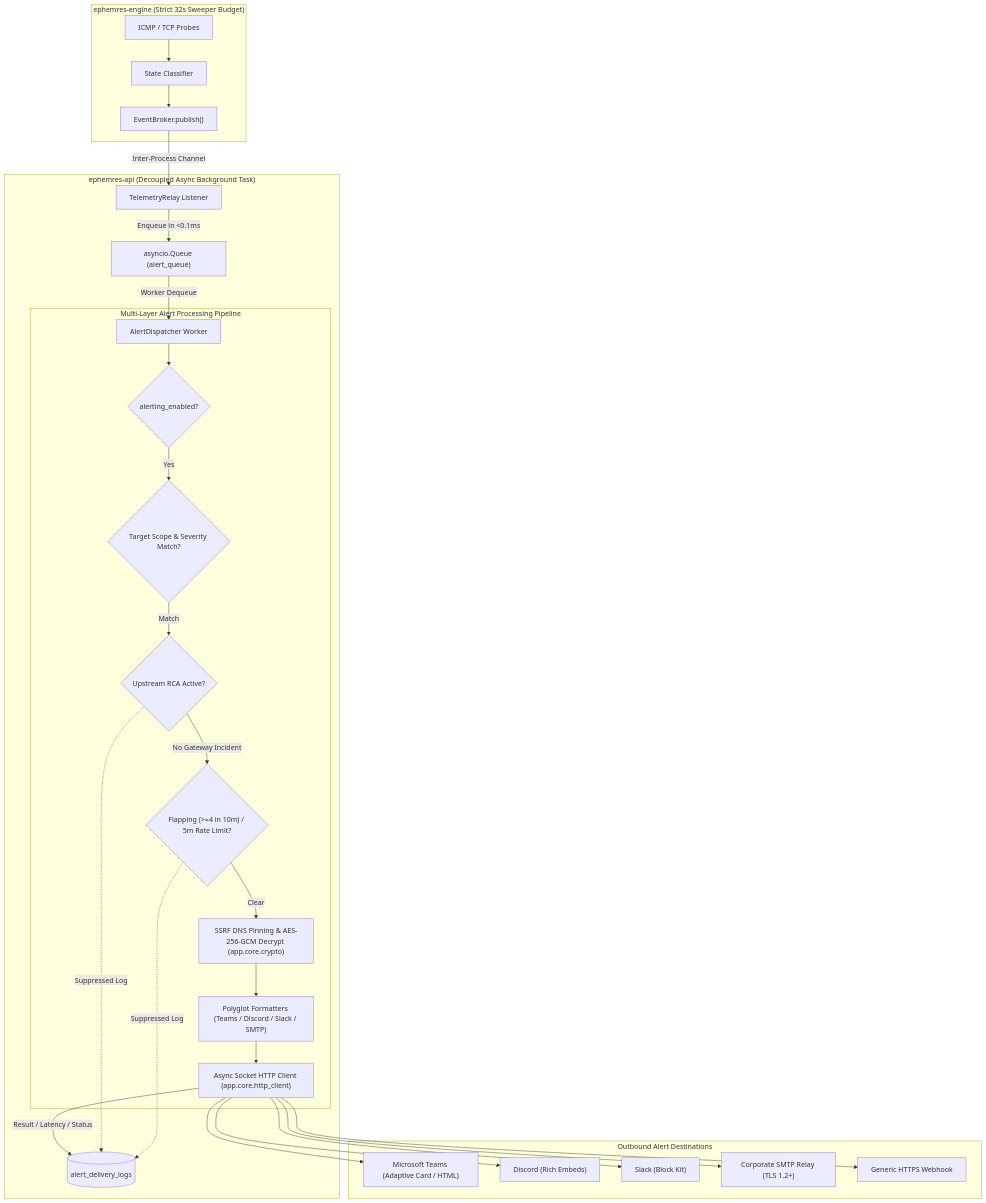
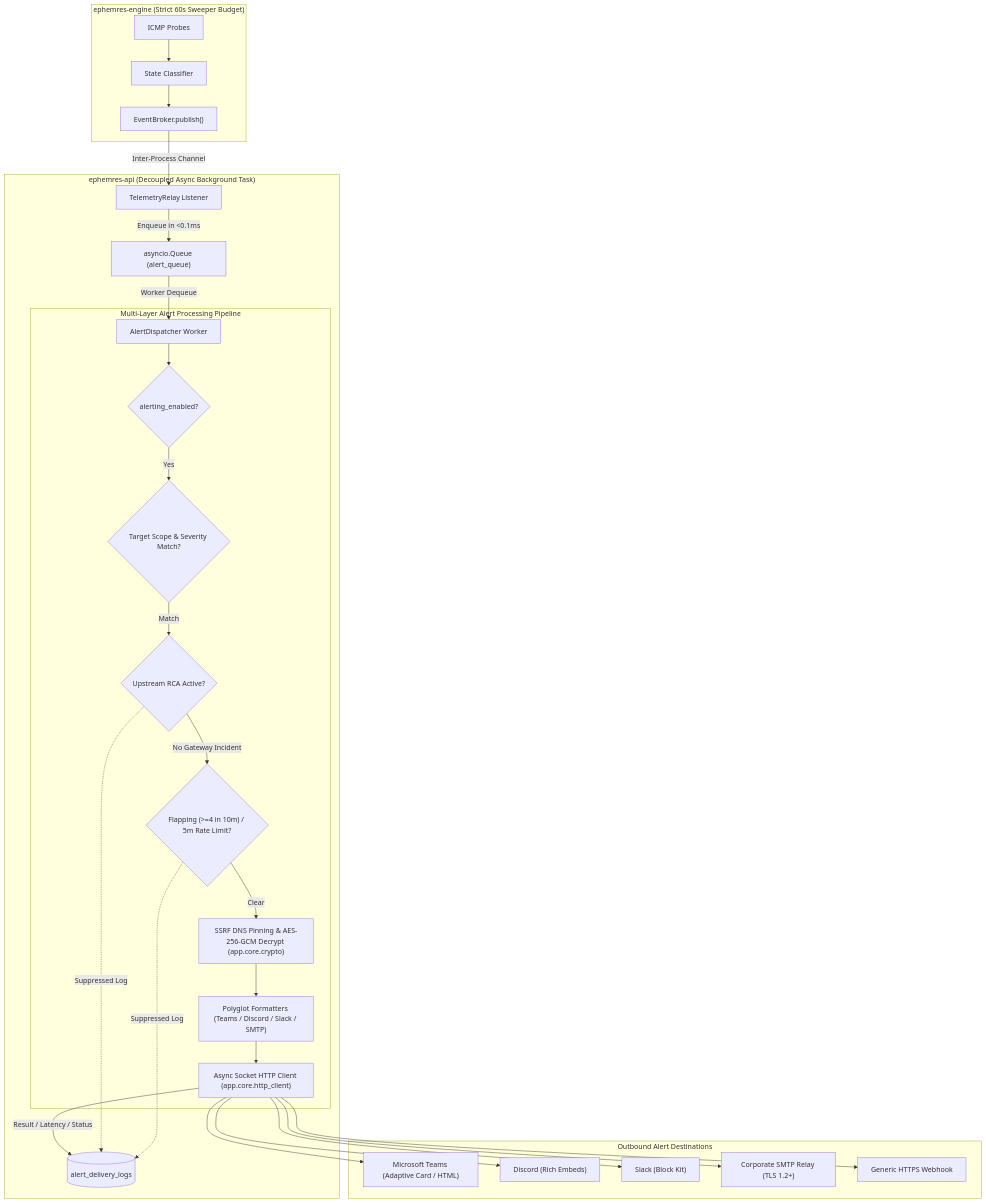
The second of 3 diagrams in docs/architecture.md (dc8official/ephemres), drawn with Mermaid before and after one commit. The commit also changed other lines of this file and 14 other files, not shown here.

````diff
--- a/docs/architecture.md
+++ b/docs/architecture.md
@@ -216,57 +216,57 @@
 ```mermaid
 flowchart TD
-    subgraph Engine_Sweep["ephemres-engine (Strict 32s Sweeper Budget)"]
-        PROBE["ICMP / TCP Probes"]
+    subgraph Engine_Sweep["ephemres-engine (Strict 60s Sweeper Budget)"]
+        PROBE["ICMP Probes"]
         TRANS["State Classifier"]
         BROKER_PUB["EventBroker.publish()"]
         PROBE --> TRANS --> BROKER_PUB
     end
 
     BROKER_PUB -->|Inter-Process Channel| BROKER_SUB
 
     subgraph API_Process["ephemres-api (Decoupled Async Background Task)"]
         BROKER_SUB["TelemetryRelay Listener"]
         ASYNC_Q["asyncio.Queue (alert_queue)"]
         DISPATCHER["AlertDispatcher Worker"]
         
         BROKER_SUB -->|Enqueue in <0.1ms| ASYNC_Q
         ASYNC_Q -->|Worker Dequeue| DISPATCHER
 
         subgraph Pipeline["Multi-Layer Alert Processing Pipeline"]
             MASTER{"alerting_enabled?"}
             SCOPE{"Target Scope & Severity Match?"}
             RCA_SUPP{"Upstream RCA Active?"}
             FLAP_SUPP{"Flapping (>=4 in 10m) / 5m Rate Limit?"}
             SSRF_CRYPTO["SSRF DNS Pinning & AES-256-GCM Decrypt (app.core.crypto)"]
             FORMATTER["Polyglot Formatters (Teams / Discord / Slack / SMTP)"]
             DISPATCH_CALL["Async Socket HTTP Client (app.core.http_client)"]
 
             DISPATCHER --> MASTER
             MASTER -->|Yes| SCOPE
             SCOPE -->|Match| RCA_SUPP
             RCA_SUPP -->|No Gateway Incident| FLAP_SUPP
             FLAP_SUPP -->|Clear| SSRF_CRYPTO
             SSRF_CRYPTO --> FORMATTER
             FORMATTER --> DISPATCH_CALL
         end
 
         AUDIT[("alert_delivery_logs")]
         DISPATCH_CALL -->|Result / Latency / Status| AUDIT
         RCA_SUPP -.->|Suppressed Log| AUDIT
         FLAP_SUPP -.->|Suppressed Log| AUDIT
     end
 
     subgraph External_Destinations["Outbound Alert Destinations"]
         TEAMS["Microsoft Teams (Adaptive Card / HTML)"]
         DISCORD["Discord (Rich Embeds)"]
         SLACK["Slack (Block Kit)"]
         EMAIL["Corporate SMTP Relay (TLS 1.2+)"]
         WEBHOOK["Generic HTTPS Webhook"]
 
         DISPATCH_CALL --> TEAMS
         DISPATCH_CALL --> DISCORD
         DISPATCH_CALL --> SLACK
         DISPATCH_CALL --> EMAIL
         DISPATCH_CALL --> WEBHOOK
     end
 ```
````
